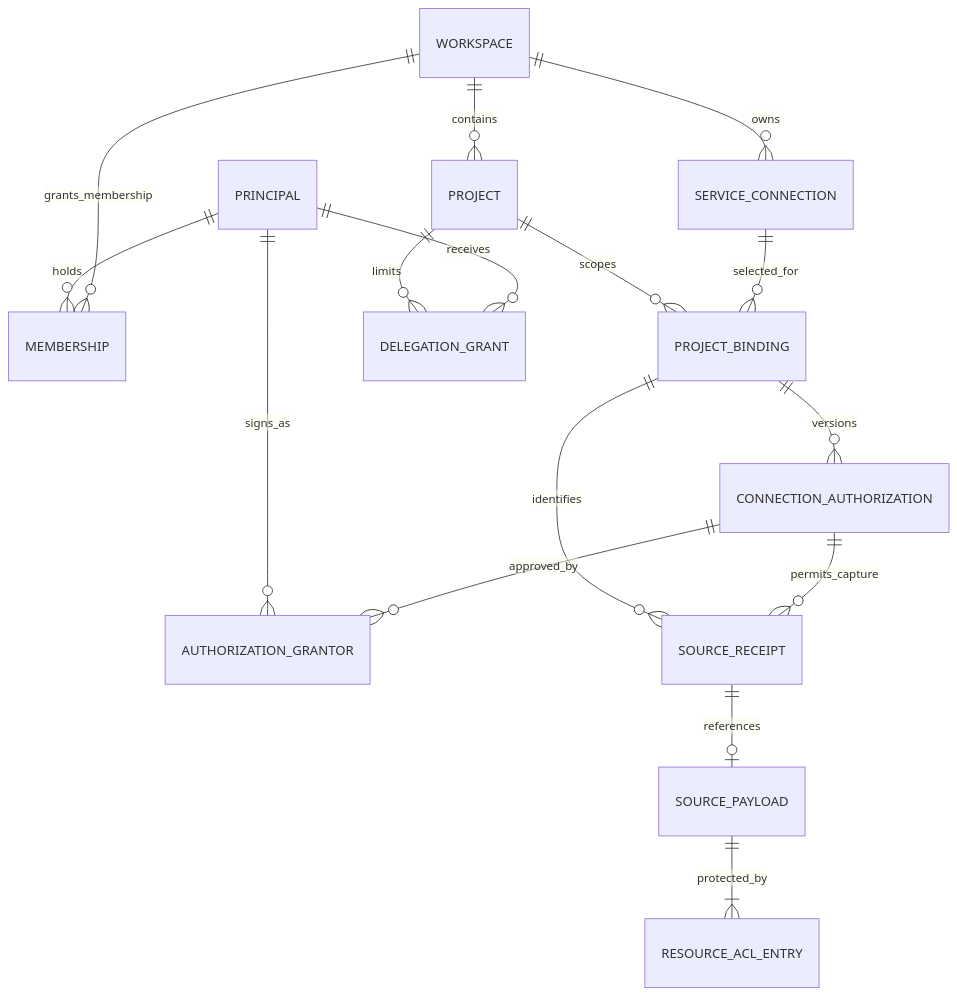
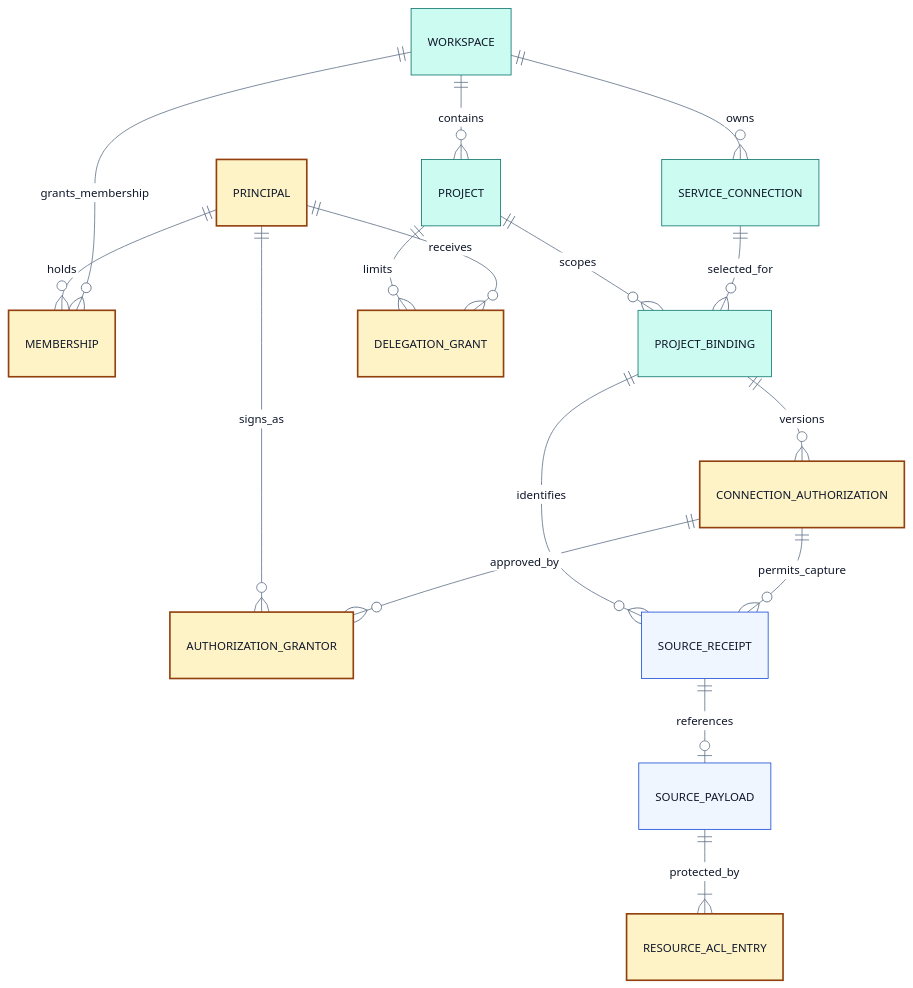
Before and after one commit to alphanAkbulut/decivora: the first of 3 diagrams in docs/architecture/data-relationships.md, drawn with Mermaid. The commit also changed other lines of this file and 21 other files, not shown here.

Commit message:
Refresh all Mermaid diagrams, clarify decision states and document rendering evidence

````diff
--- a/docs/architecture/data-relationships.md
+++ b/docs/architecture/data-relationships.md
@@ -9,18 +12,27 @@
 ```mermaid
+%%{init: {"theme":"base","themeVariables":{"fontFamily":"Arial, sans-serif","fontSize":"14px","primaryColor":"#eff6ff","primaryTextColor":"#0f172a","primaryBorderColor":"#1d4ed8","lineColor":"#64748b","secondaryColor":"#ccfbf1","tertiaryColor":"#f1f5f9","background":"#ffffff","mainBkg":"#eff6ff","textColor":"#0f172a","clusterBkg":"#f8fafc","clusterBorder":"#94a3b8","edgeLabelBackground":"#ffffff","actorBkg":"#eff6ff","actorTextColor":"#0f172a","actorBorder":"#1d4ed8","signalColor":"#64748b","signalTextColor":"#0f172a","noteBkgColor":"#fef3c7","noteTextColor":"#0f172a","noteBorderColor":"#92400e"},"flowchart":{"htmlLabels":false,"curve":"linear"},"sequence":{"wrap":true},"themeCSS":"background-color:#ffffff;"}}%%
 erDiagram
+    accTitle: ER-01 Kaynak ve erişim ilişkileri
+    accDescr: Önerilen tasarım veya açıkça belirtilen sentetik örnek. Renkler alan ve kontrol türünü gösterir; implemented veya passed kanıtı değildir. Yetki, revision ve coverage sınırları korunur.
     WORKSPACE ||--o{ PROJECT : contains
     WORKSPACE ||--o{ MEMBERSHIP : grants_membership
     PRINCIPAL ||--o{ MEMBERSHIP : holds
     WORKSPACE ||--o{ SERVICE_CONNECTION : owns
     SERVICE_CONNECTION ||--o{ PROJECT_BINDING : selected_for
     PROJECT ||--o{ PROJECT_BINDING : scopes
     PROJECT_BINDING ||--o{ CONNECTION_AUTHORIZATION : versions
     CONNECTION_AUTHORIZATION ||--o{ AUTHORIZATION_GRANTOR : approved_by
     PRINCIPAL ||--o{ AUTHORIZATION_GRANTOR : signs_as
     CONNECTION_AUTHORIZATION ||--o{ SOURCE_RECEIPT : permits_capture
     PROJECT_BINDING ||--o{ SOURCE_RECEIPT : identifies
     SOURCE_RECEIPT ||--o| SOURCE_PAYLOAD : references
     SOURCE_PAYLOAD ||--|{ RESOURCE_ACL_ENTRY : protected_by
     PRINCIPAL ||--o{ DELEGATION_GRANT : receives
     PROJECT ||--o{ DELEGATION_GRANT : limits
+    classDef store fill:#ccfbf1,stroke:#0f766e,color:#0f172a
+    classDef gate fill:#fef3c7,stroke:#92400e,color:#0f172a,stroke-width:2px
+    classDef source fill:#eff6ff,stroke:#1d4ed8,color:#0f172a
+    class WORKSPACE,PROJECT,SERVICE_CONNECTION,PROJECT_BINDING store
+    class MEMBERSHIP,PRINCIPAL,CONNECTION_AUTHORIZATION,AUTHORIZATION_GRANTOR,RESOURCE_ACL_ENTRY,DELEGATION_GRANT gate
+    class SOURCE_RECEIPT,SOURCE_PAYLOAD source
 ```
````
